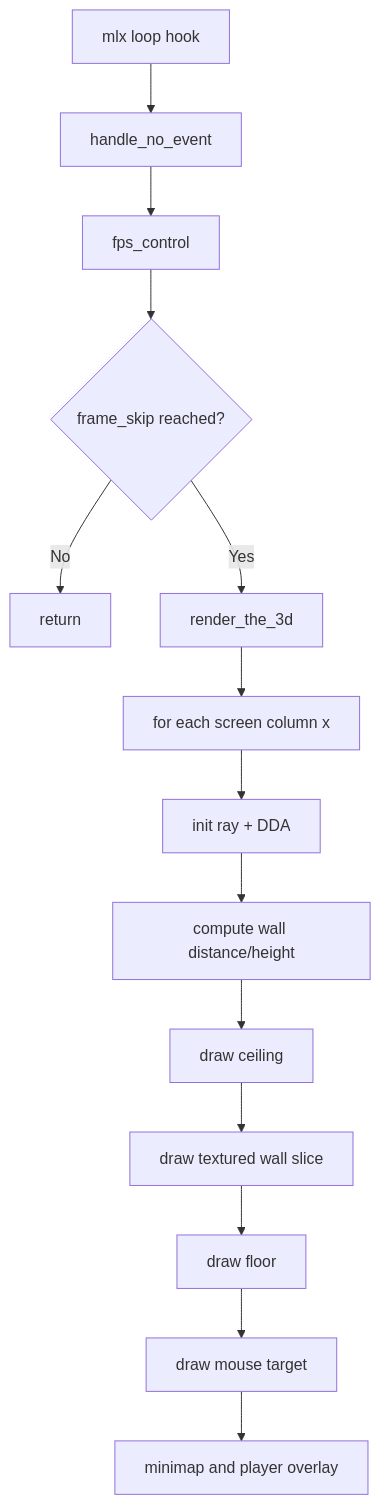
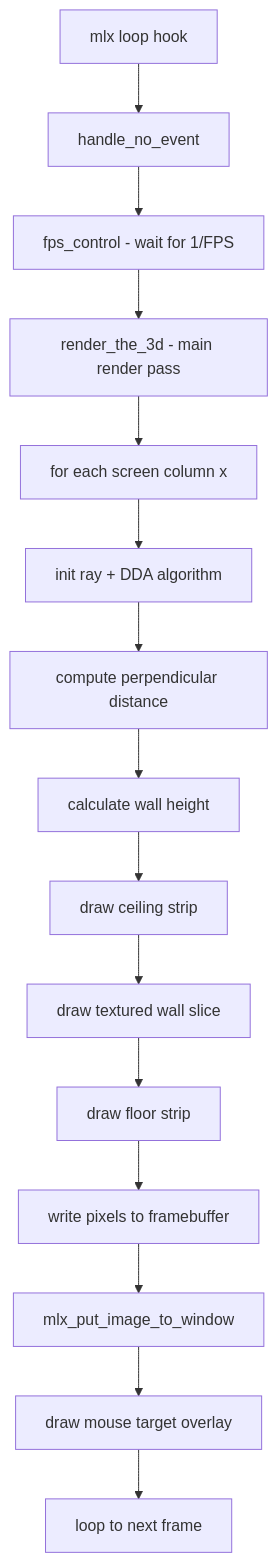
The diagram in Readme.md (oJonasRtz/cube3d), drawn with Mermaid before and after one commit. The commit also changed other lines of this file and 11 other files, not shown here.

Commit message:
frame buffer + fps_control update

````diff
--- a/Readme.md
+++ b/Readme.md
@@ -156,16 +376,17 @@
 ```mermaid
 flowchart TD
 	A[mlx loop hook] --> B[handle_no_event]
-	B --> C[fps_control]
-	C --> D{frame_skip reached?}
-	D -- No --> Z[return]
-	D -- Yes --> E[render_the_3d]
-	E --> F[for each screen column x]
-	F --> G[init ray + DDA]
-	G --> H[compute wall distance/height]
-	H --> I[draw ceiling]
+	B --> C[fps_control - wait for 1/FPS]
+	C --> D[render_the_3d - main render pass]
+	D --> E[for each screen column x]
+	E --> F[init ray + DDA algorithm]
+	F --> G[compute perpendicular distance]
+	G --> H[calculate wall height]
+	H --> I[draw ceiling strip]
 	I --> J[draw textured wall slice]
-	J --> K[draw floor]
-	K --> L[draw mouse target]
-	L --> M[minimap and player overlay]
+	J --> K[draw floor strip]
+	K --> L[write pixels to framebuffer]
+	L --> M[mlx_put_image_to_window]
+	M --> N[draw mouse target overlay]
+	N --> O[loop to next frame]
 ```
````
